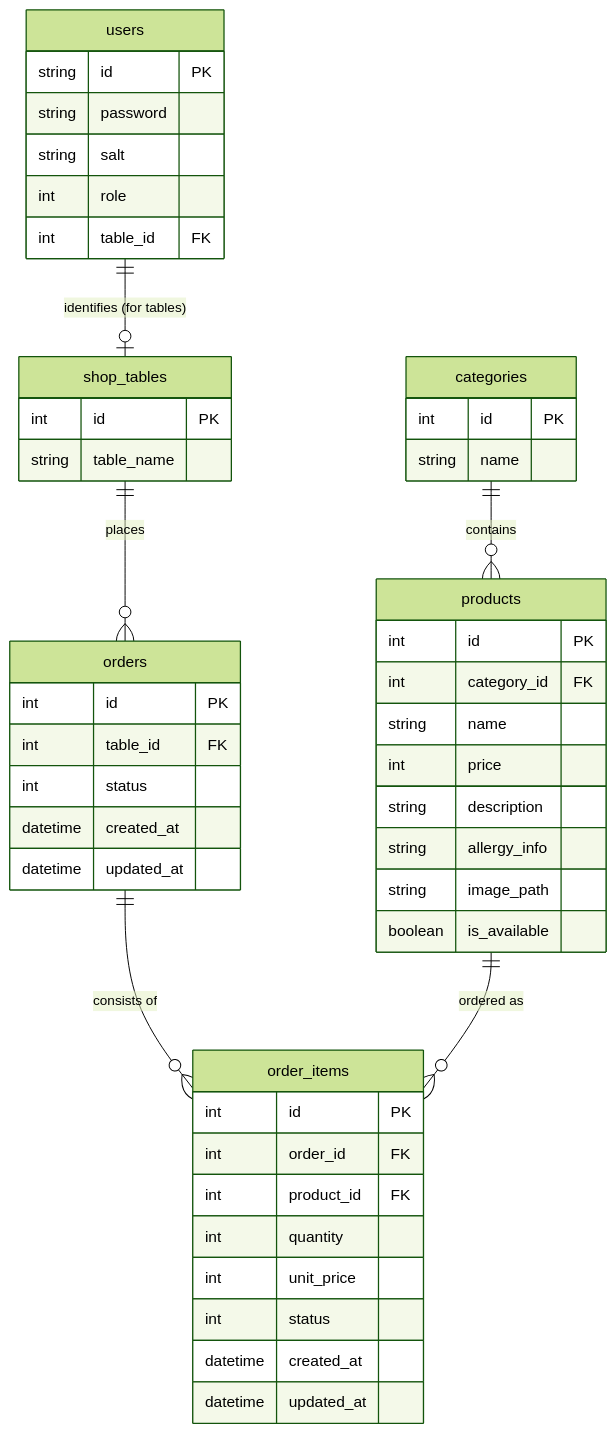
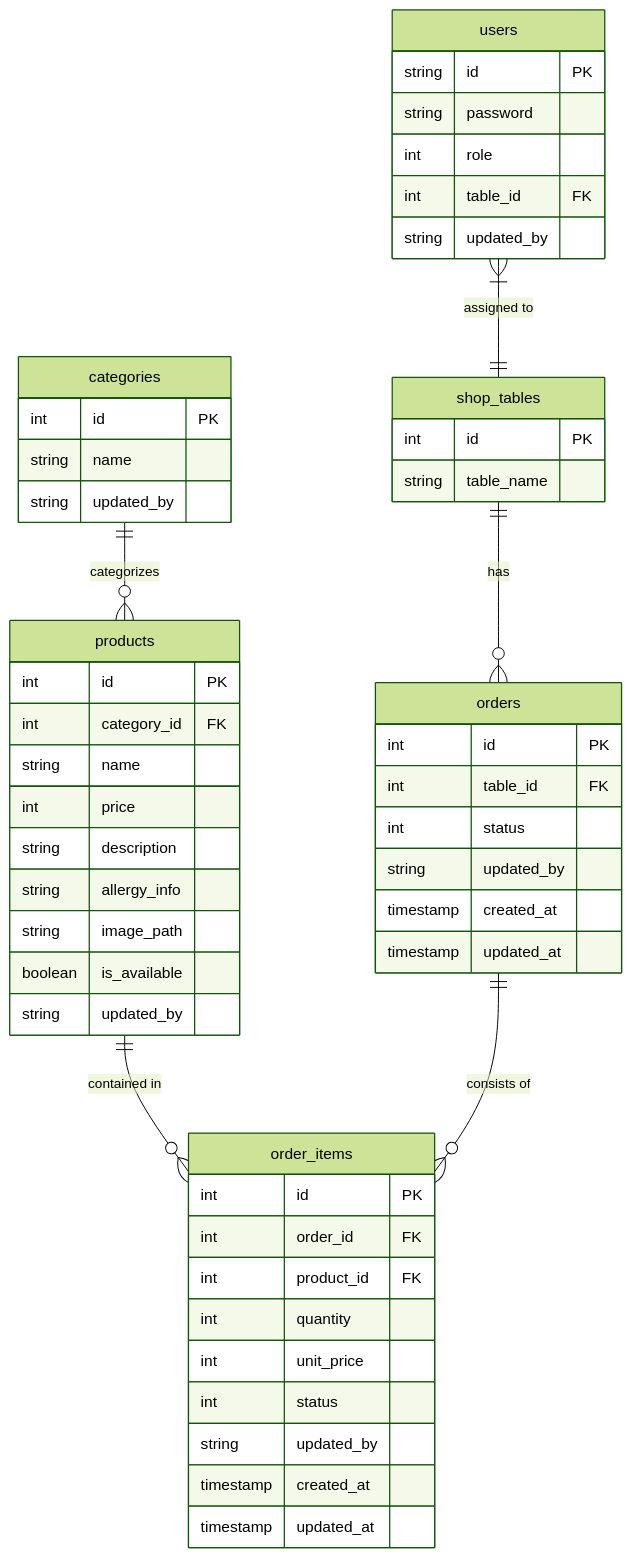
Before and after one commit to matsutanishimpei/table-order: the diagram in docs/er_diagram.md, drawn with Mermaid (forest theme). The commit also changed 1 other file, not shown here.

Commit message:
docs: synchronize ER and class diagrams in docs folder

````diff
--- a/docs/er_diagram.md
+++ b/docs/er_diagram.md
@@ -5,56 +5,60 @@
 ```mermaid
 erDiagram
-    users ||--o| shop_tables : "identifies (for tables)"
-    categories ||--o{ products : "contains"
-    shop_tables ||--o{ orders : "places"
+    shop_tables ||--o{ orders : "has"
+    categories ||--o{ products : "categorizes"
+    products ||--o{ order_items : "contained in"
     orders ||--o{ order_items : "consists of"
-    products ||--o{ order_items : "ordered as"
-
-    users {
-        string id PK
-        string password
-        string salt
-        int role
-        int table_id FK
-    }
+    users }|--|| shop_tables : "assigned to"
 
     shop_tables {
         int id PK
         string table_name
     }
 
+    users {
+        string id PK
+        string password
+        int role
+        int table_id FK
+        string updated_by
+    }
+
     categories {
         int id PK
         string name
+        string updated_by
     }
 
     products {
         int id PK
         int category_id FK
         string name
         int price
         string description
         string allergy_info
         string image_path
         boolean is_available
+        string updated_by
     }
 
     orders {
         int id PK
         int table_id FK
         int status
-        datetime created_at
-        datetime updated_at
+        string updated_by
+        timestamp created_at
+        timestamp updated_at
     }
 
     order_items {
         int id PK
         int order_id FK
         int product_id FK
         int quantity
         int unit_price
         int status
-        datetime created_at
-        datetime updated_at
+        string updated_by
+        timestamp created_at
+        timestamp updated_at
     }
 ```
````
